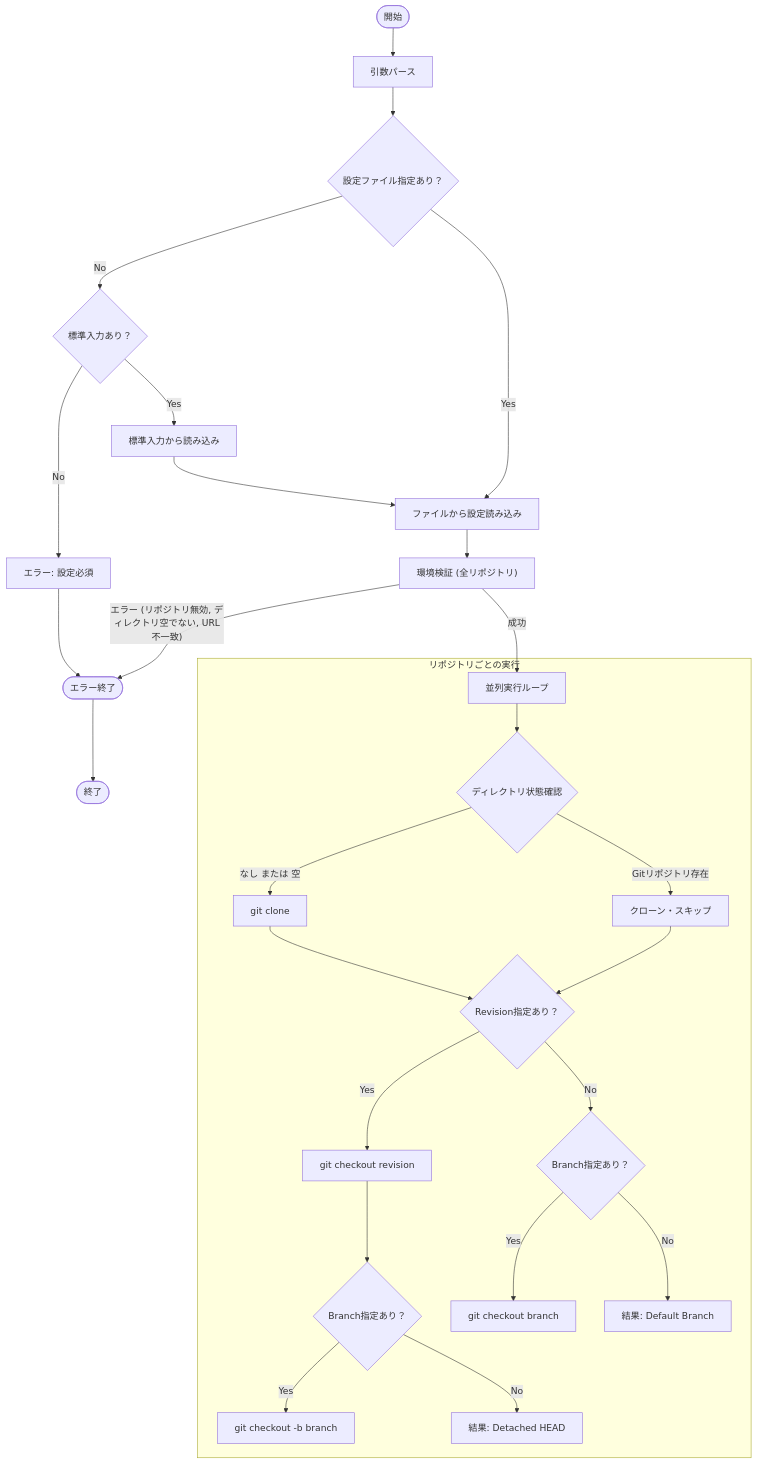
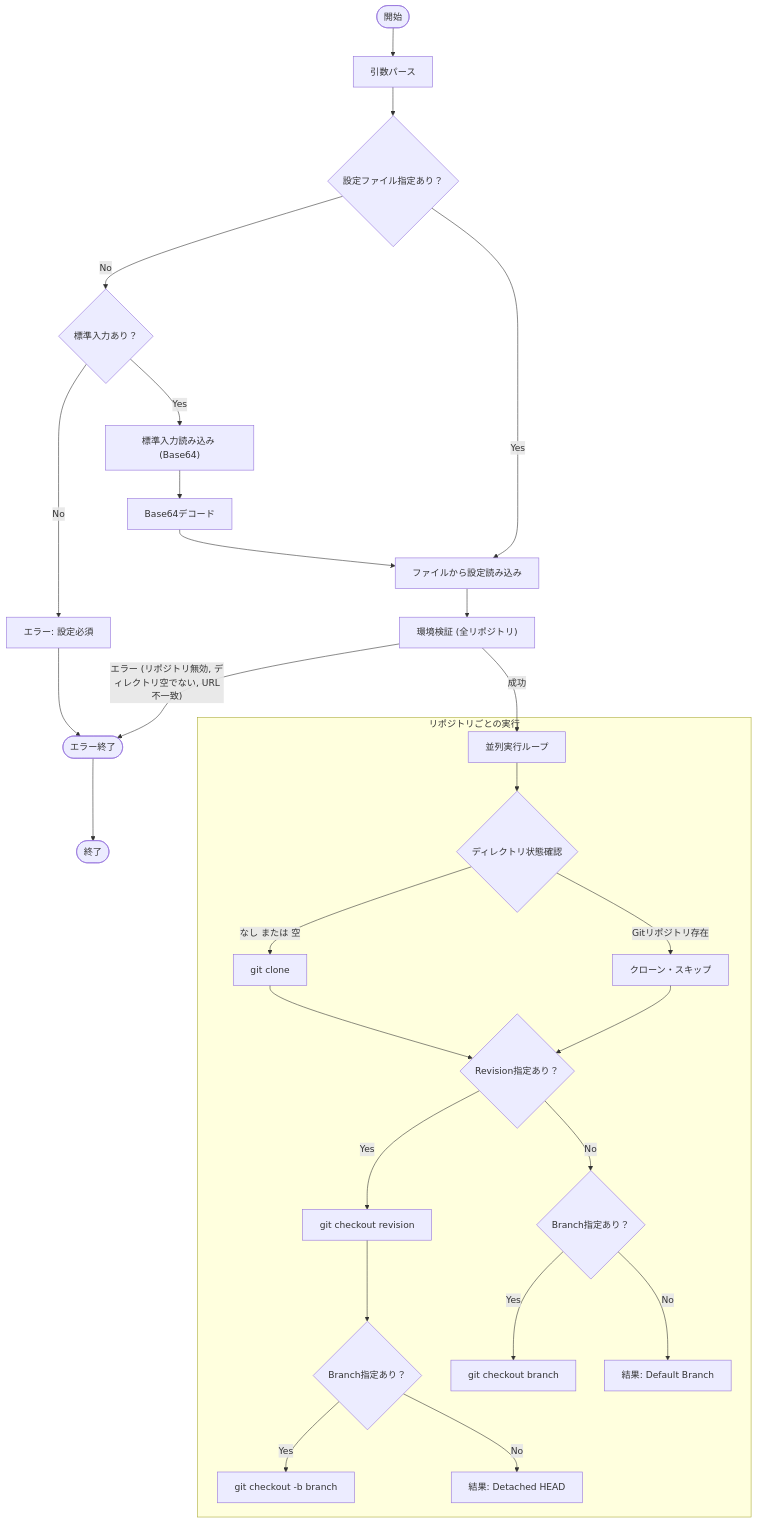
One commit to keiji/mistletoe changed the diagram in docs/internal/app/init.md. Above: the diagram before and after it, drawn with Mermaid. The commit also changed 6 other files, not shown here.

First line of the commit message:
Update Mermaid diagrams to show Base64 decoding step

````diff
--- a/docs/internal/app/init.md
+++ b/docs/internal/app/init.md
@@ -68,38 +68,39 @@
 ```mermaid
 flowchart TD
     Start(["開始"]) --> ParseArgs["引数パース"]
     ParseArgs --> CheckFile{"設定ファイル指定あり？"}
     CheckFile -- No --> CheckStdin{"標準入力あり？"}
     CheckStdin -- No --> ErrorFile["エラー: 設定必須"]
-    CheckStdin -- Yes --> ReadStdin["標準入力から読み込み"]
-    ReadStdin --> LoadConfig
+    CheckStdin -- Yes --> ReadStdin["標準入力読み込み (Base64)"]
+    ReadStdin --> Decode["Base64デコード"]
+    Decode --> LoadConfig
     CheckFile -- Yes --> LoadConfig["ファイルから設定読み込み"]
     LoadConfig --> ValidateEnv["環境検証 (全リポジトリ)"]
 
     ValidateEnv -- "エラー (リポジトリ無効, ディレクトリ空でない, URL不一致)" --> ErrorExit(["エラー終了"])
     ValidateEnv -- "成功" --> ExecLoop["並列実行ループ"]
 
     subgraph "リポジトリごとの実行"
         ExecLoop --> CheckState{"ディレクトリ状態確認"}
 
         CheckState -- "なし または 空" --> Clone["git clone"]
         CheckState -- "Gitリポジトリ存在" --> SkipClone["クローン・スキップ"]
 
         Clone --> CheckRev{"Revision指定あり？"}
         SkipClone --> CheckRev
 
         CheckRev -- Yes --> CheckoutRev["git checkout revision"]
         CheckoutRev --> CheckBranchWithRev{"Branch指定あり？"}
 
         CheckBranchWithRev -- Yes --> CreateBranch["git checkout -b branch"]
         CheckBranchWithRev -- No --> Detached["結果: Detached HEAD"]
 
         CheckRev -- No --> CheckBranchOnly{"Branch指定あり？"}
 
         CheckBranchOnly -- Yes --> CheckoutBranch["git checkout branch"]
         CheckBranchOnly -- No --> DefaultBranch["結果: Default Branch"]
     end
 
     ErrorFile --> ErrorExit
     ErrorExit --> Stop(["終了"])
 ```
````
